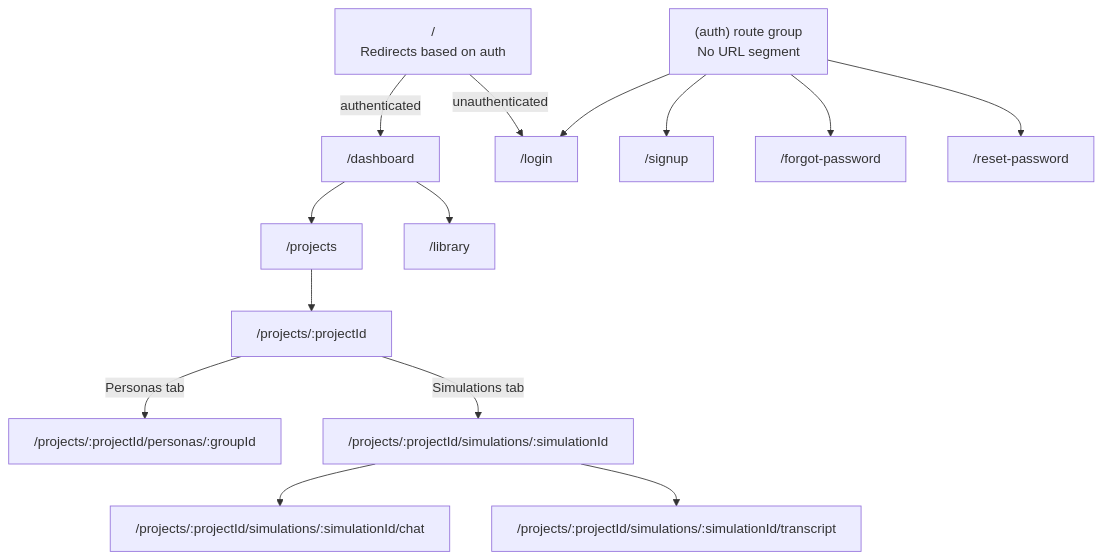
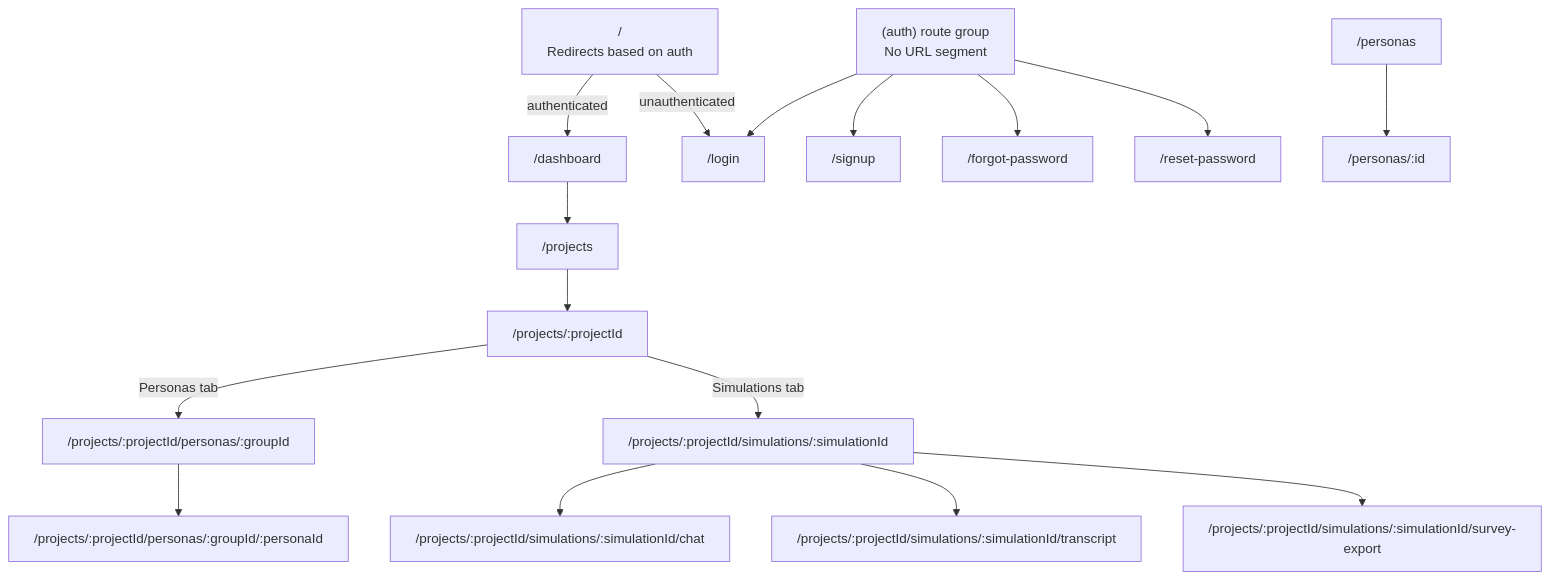
The diagram in docs/frontend.md (JeromeIbanez/boses), drawn with Mermaid before and after one commit. The commit also changed other lines of this file and 7 other files, not shown here.

Commit message:
docs: regenerate architecture docs [arch-docs]

````diff
--- a/docs/frontend.md
+++ b/docs/frontend.md
@@ -9,33 +9,38 @@
 ```mermaid
 graph TD
     ROOT["/\nRedirects based on auth"]
     AUTH_GROUP["(auth) route group\nNo URL segment"]
     LOGIN["/login"]
     SIGNUP["/signup"]
     FORGOT["/forgot-password"]
     RESET["/reset-password"]
     DASH["/dashboard"]
-    LIB["/library"]
     PROJ["/projects"]
     PROJ_ID["/projects/:projectId"]
     PERSONA_GRP["/projects/:projectId/personas/:groupId"]
+    PERSONA_DETAIL["/projects/:projectId/personas/:groupId/:personaId"]
     SIM_ID["/projects/:projectId/simulations/:simulationId"]
     SIM_CHAT["/projects/:projectId/simulations/:simulationId/chat"]
     SIM_TRANSCRIPT["/projects/:projectId/simulations/:simulationId/transcript"]
+    SIM_SURVEY_EXPORT["/projects/:projectId/simulations/:simulationId/survey-export"]
+    PERSONAS_LIB["/personas"]
+    PERSONA_LIB_DETAIL["/personas/:id"]
 
     ROOT -->|"authenticated"| DASH
     ROOT -->|"unauthenticated"| LOGIN
 
     AUTH_GROUP --> LOGIN
     AUTH_GROUP --> SIGNUP
     AUTH_GROUP --> FORGOT
     AUTH_GROUP --> RESET
 
     DASH --> PROJ
-    DASH --> LIB
     PROJ --> PROJ_ID
     PROJ_ID -->|"Personas tab"| PERSONA_GRP
+    PERSONA_GRP --> PERSONA_DETAIL
     PROJ_ID -->|"Simulations tab"| SIM_ID
     SIM_ID --> SIM_CHAT
     SIM_ID --> SIM_TRANSCRIPT
+    SIM_ID --> SIM_SURVEY_EXPORT
+    PERSONAS_LIB --> PERSONA_LIB_DETAIL
 ```
````
